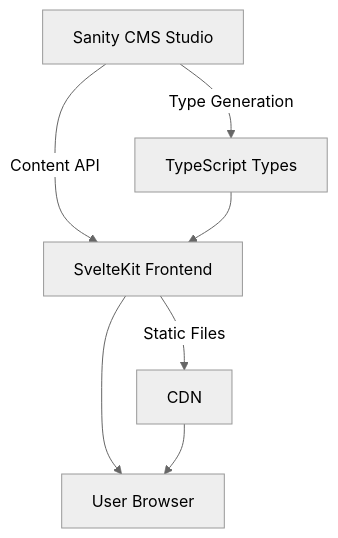
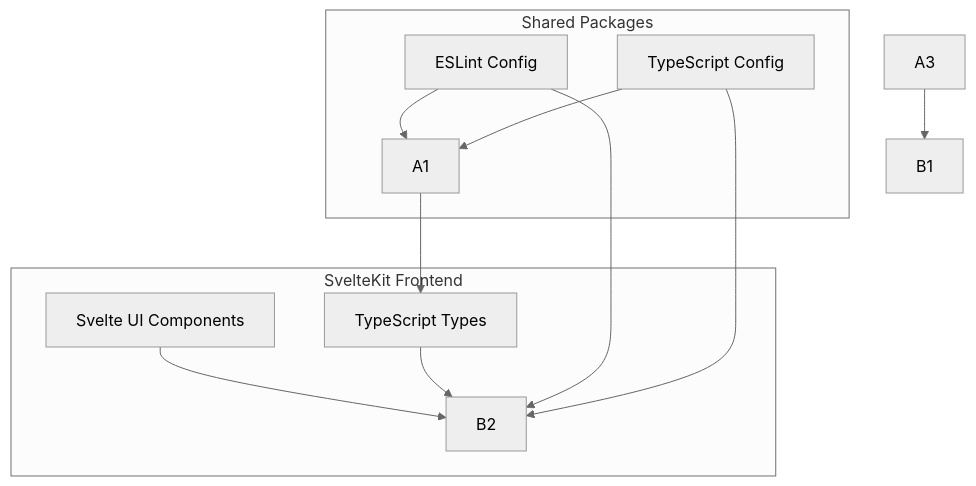
One commit to hkajdan/axeriel-svelte changed the first of 3 diagrams in OVERVIEW.md. Above: the diagram before and after it, drawn with Mermaid (neutral theme). The commit also changed other lines of this file, not shown here.

````diff
--- a/OVERVIEW.md
+++ b/OVERVIEW.md
@@ -21,9 +20,17 @@
 ```mermaid
 graph TD
-    A[Sanity CMS Studio] -->|Content API| B[SvelteKit Frontend]
-    B --> C[User Browser]
-    A -->|Type Generation| D[TypeScript Types]
-    D --> B
-    B -->|Static Files| E[CDN]
-    E --> C
+    subgraph SvelteKit Frontend
+        B4[Svelte UI Components] --> B2
+        B5[TypeScript Types] --> B2
+    end
+
+    subgraph Shared Packages
+        C2[ESLint Config] --> A1
+        C2 --> B2
+        C3[TypeScript Config] --> A1
+        C3 --> B2
+    end
+
+    A3 --> B1
+    A1 --> B5
 ```
````
